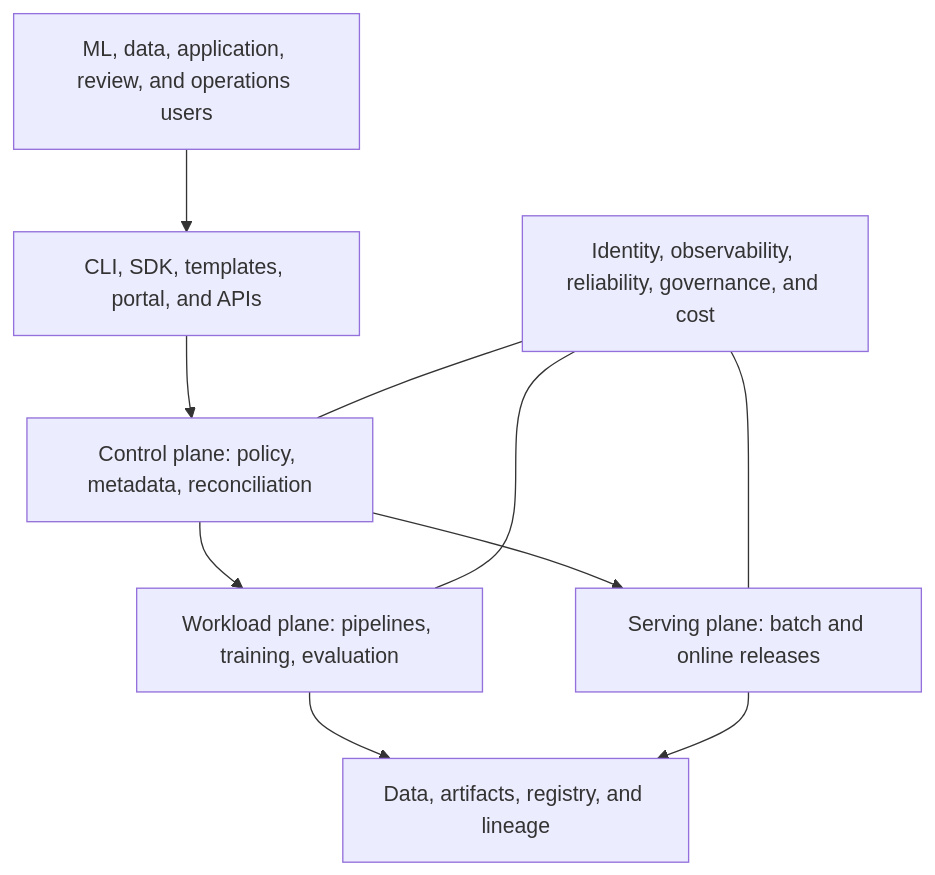
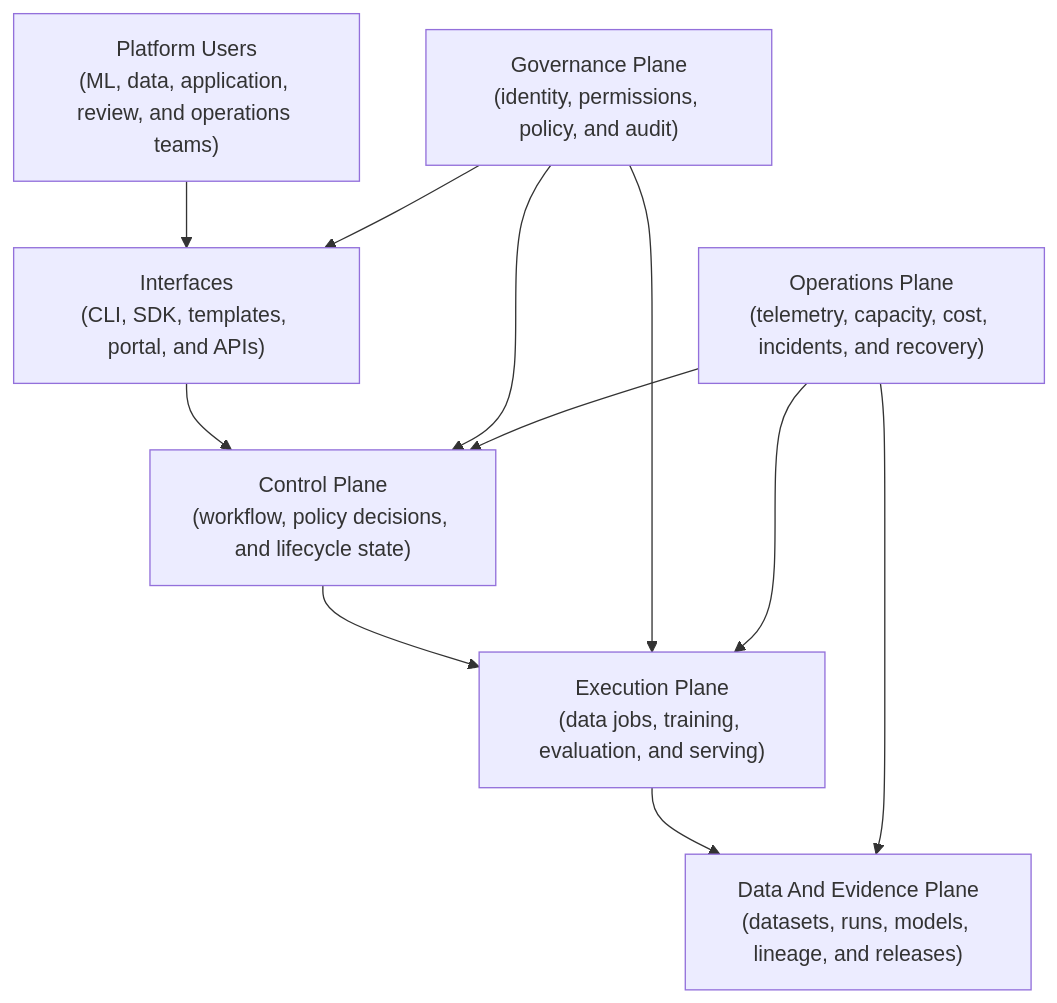
One commit to senlinyy/dev-roadmaps changed the second of 8 diagrams in roadmaps/mlops/modules/mlops-infrastructure/platforms/01-ml-platform-architecture.md. Above: the diagram before and after it, drawn with Mermaid. The commit also changed other lines of this file and 152 other files, not shown here.

Commit message:
feat: mlops and diagrams updated

````diff
--- a/roadmaps/mlops/modules/mlops-infrastructure/platforms/01-ml-platform-architecture.md
+++ b/roadmaps/mlops/modules/mlops-infrastructure/platforms/01-ml-platform-architecture.md
@@ -45,12 +71,15 @@
 ```mermaid
-flowchart TB
-    Users["ML, data, application, review, and operations users"] --> Interfaces["CLI, SDK, templates, portal, and APIs"]
-    Interfaces --> Control["Control plane: policy, metadata, reconciliation"]
-    Control --> Workloads["Workload plane: pipelines, training, evaluation"]
-    Control --> Serving["Serving plane: batch and online releases"]
-    Workloads --> Assets["Data, artifacts, registry, and lineage"]
-    Serving --> Assets
-    Guardrails["Identity, observability, reliability, governance, and cost"] --- Control
-    Guardrails --- Workloads
-    Guardrails --- Serving
+flowchart TD
+    Users["Platform Users<br/>(ML, data, application, review, and operations teams)"] --> Interfaces["Interfaces<br/>(CLI, SDK, templates, portal, and APIs)"]
+    Interfaces --> Control["Control Plane<br/>(workflow, policy decisions, and lifecycle state)"]
+    Control --> Execution["Execution Plane<br/>(data jobs, training, evaluation, and serving)"]
+    Execution --> Evidence["Data And Evidence Plane<br/>(datasets, runs, models, lineage, and releases)"]
+    Governance["Governance Plane<br/>(identity, permissions, policy, and audit)"] --> Interfaces
+    Governance --> Control
+    Governance --> Execution
+    Operations["Operations Plane<br/>(telemetry, capacity, cost, incidents, and recovery)"] --> Control
+    Operations --> Execution
+    Operations --> Evidence
+
+    class Governance,Operations guard
 ```
````
